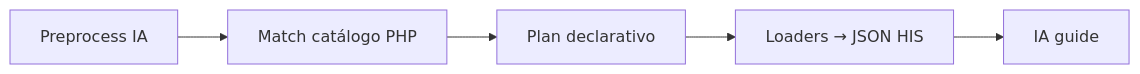
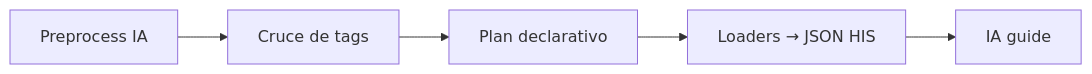
The second of 3 diagrams in web/docs/producto/asistente-y-chat.md (luischanferoni/bioenlace), drawn with Mermaid before and after one commit. The commit also changed other lines of this file and 87 other files, not shown here.

````diff
--- a/web/docs/producto/asistente-y-chat.md
+++ b/web/docs/producto/asistente-y-chat.md
@@ -57,9 +57,9 @@
 ```mermaid
 flowchart LR
   P[Preprocess IA]
-  M[Match catálogo PHP]
+  M[Cruce de tags]
   PL[Plan declarativo]
   L[Loaders → JSON HIS]
   G[IA guide]
   P --> M --> PL --> L --> G
 ```
````
